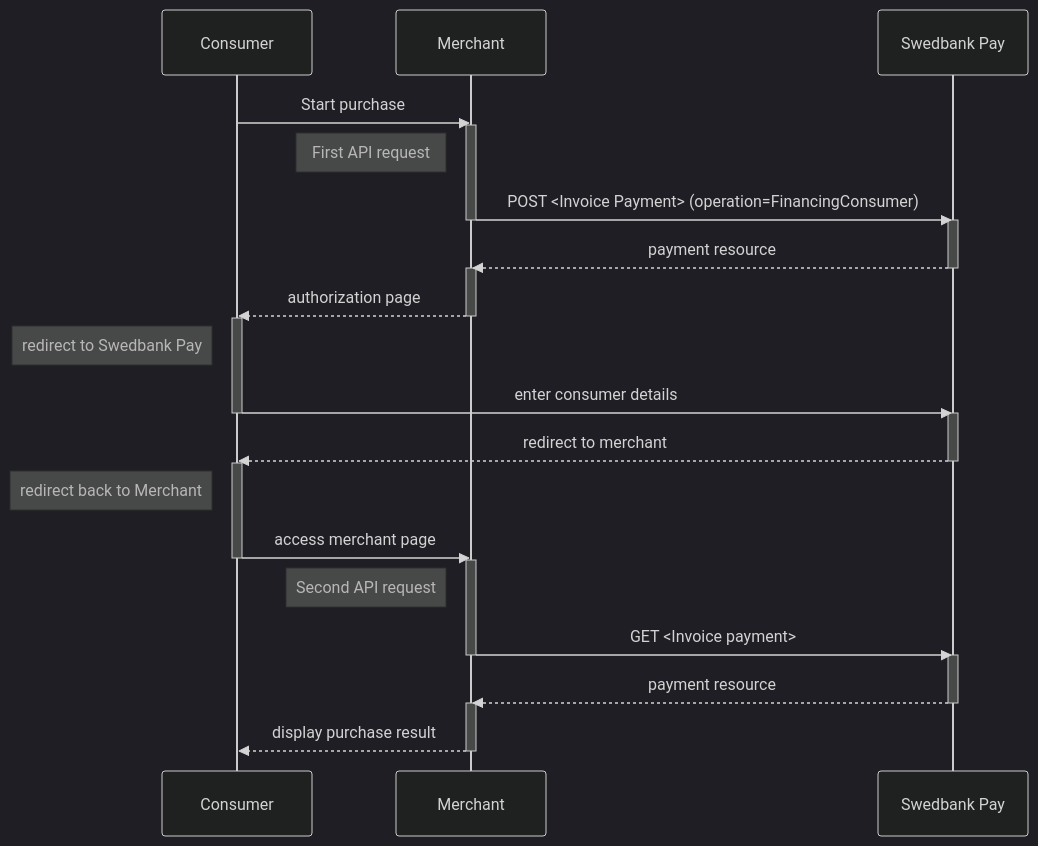
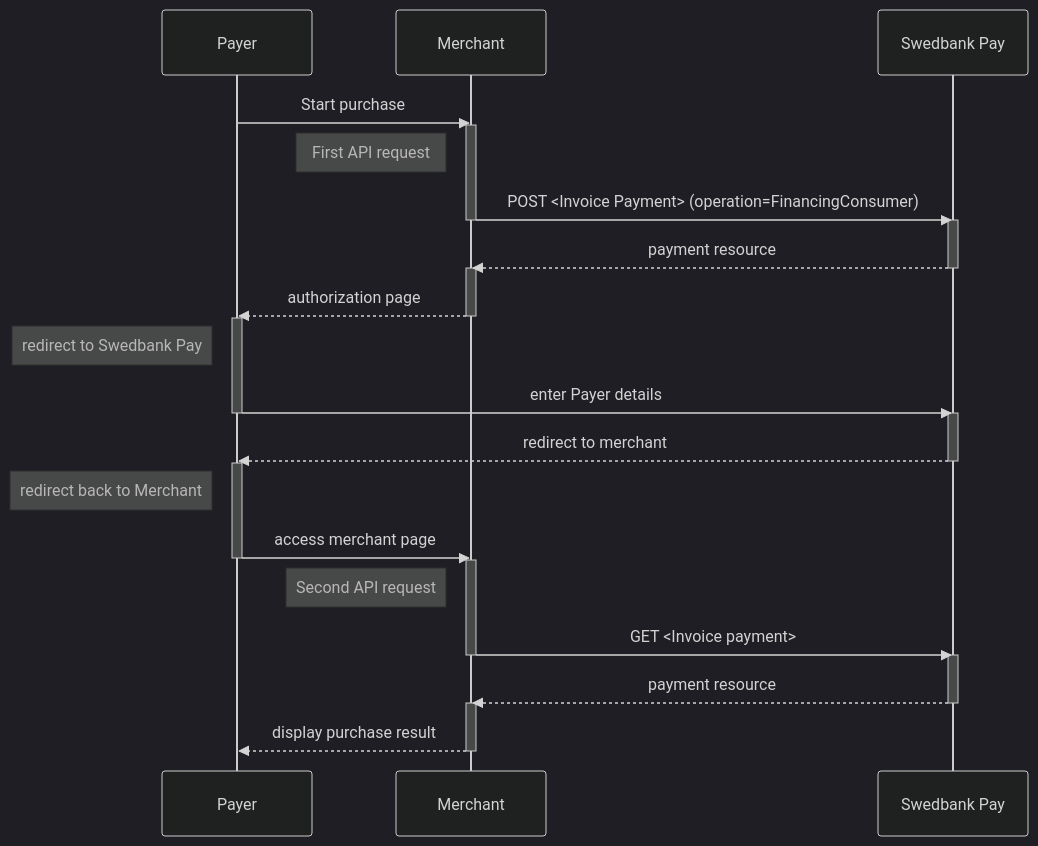
The diagram in payment-instruments/invoice/redirect.md (SwedbankPay/developer.swedbankpay.com), drawn with Mermaid (dark theme) before and after one commit. The commit also changed 9 other files, not shown here.

````diff
--- a/payment-instruments/invoice/redirect.md
+++ b/payment-instruments/invoice/redirect.md
@@ -212,26 +212,26 @@
 ```mermaid
 sequenceDiagram
-    Consumer->>Merchant: Start purchase
+    Payer->>Merchant: Start purchase
     activate Merchant
     note left of Merchant: First API request
     Merchant->>-Swedbank Pay: POST <Invoice Payment> (operation=FinancingConsumer)
     activate Swedbank Pay
     Swedbank Pay-->>-Merchant: payment resource
     activate Merchant
-    Merchant-->>-Consumer: authorization page
-    activate Consumer
-    note left of Consumer: redirect to Swedbank Pay
-    Consumer->>-Swedbank Pay: enter consumer details
+    Merchant-->>-Payer: authorization page
+    activate Payer
+    note left of Payer: redirect to Swedbank Pay
+    Payer->>-Swedbank Pay: enter Payer details
     activate Swedbank Pay
-    Swedbank Pay-->>-Consumer: redirect to merchant
-    activate Consumer
-    note left of Consumer: redirect back to Merchant
-    Consumer->>-Merchant: access merchant page
+    Swedbank Pay-->>-Payer: redirect to merchant
+    activate Payer
+    note left of Payer: redirect back to Merchant
+    Payer->>-Merchant: access merchant page
     activate Merchant
     note left of Merchant: Second API request
     Merchant->>-Swedbank Pay: GET <Invoice payment>
     activate Swedbank Pay
     Swedbank Pay-->>-Merchant: payment resource
     activate Merchant
-    Merchant-->>-Consumer: display purchase result
+    Merchant-->>-Payer: display purchase result
 ```
````
